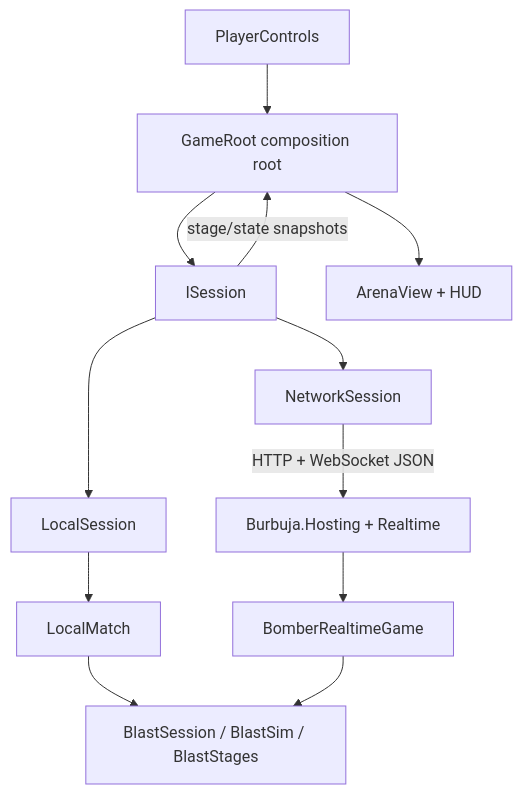
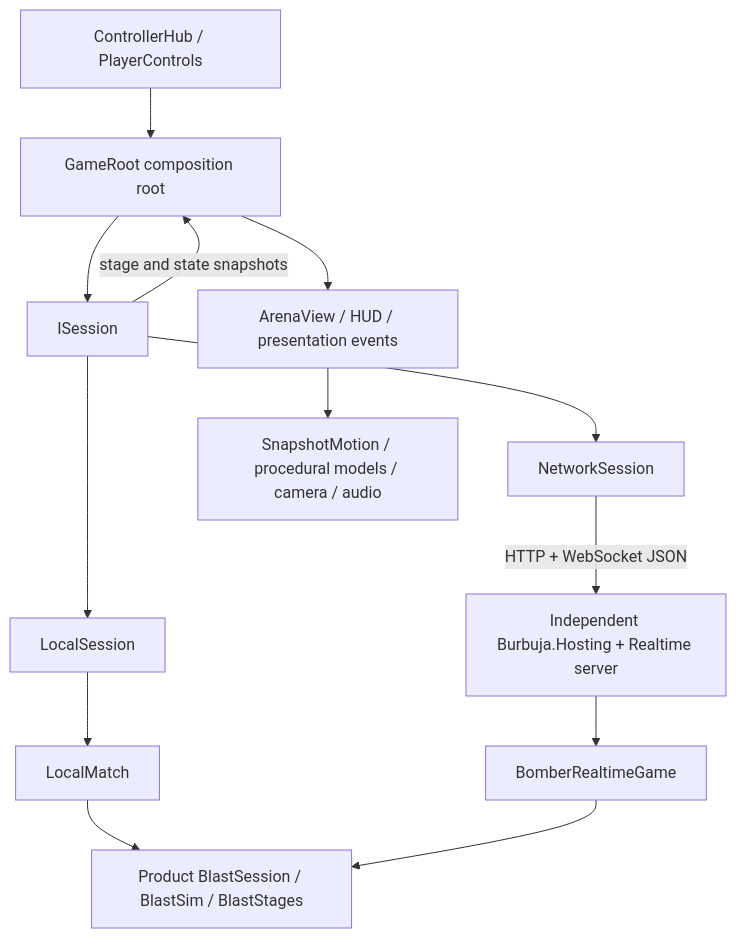
Before and after one commit to MCMike0399/bomberman-64-multiplayer: the diagram in docs/architecture.md, drawn with Mermaid. The commit also changed other lines of this file and 12 other files, not shown here.

````diff
--- a/docs/architecture.md
+++ b/docs/architecture.md
@@ -5,14 +9,15 @@
 ```mermaid
 flowchart TD
-    Controls[PlayerControls] --> Root[GameRoot composition root]
+    Controls[ControllerHub / PlayerControls] --> Root[GameRoot composition root]
     Root --> Session[ISession]
     Session --> Local[LocalSession]
     Session --> Network[NetworkSession]
     Local --> Facade[LocalMatch]
-    Facade --> Rules[BlastSession / BlastSim / BlastStages]
-    Network -->|HTTP + WebSocket JSON| Kernel[Burbuja.Hosting + Realtime]
+    Facade --> Rules[Product BlastSession / BlastSim / BlastStages]
+    Network -->|HTTP + WebSocket JSON| Kernel[Independent Burbuja.Hosting + Realtime server]
     Kernel --> Registration[BomberRealtimeGame]
     Registration --> Rules
-    Session -->|stage/state snapshots| Root
-    Root --> View[ArenaView + HUD]
+    Session -->|stage and state snapshots| Root
+    Root --> View[ArenaView / HUD / presentation events]
+    View --> Motion[SnapshotMotion / procedural models / camera / audio]
 ```
````
